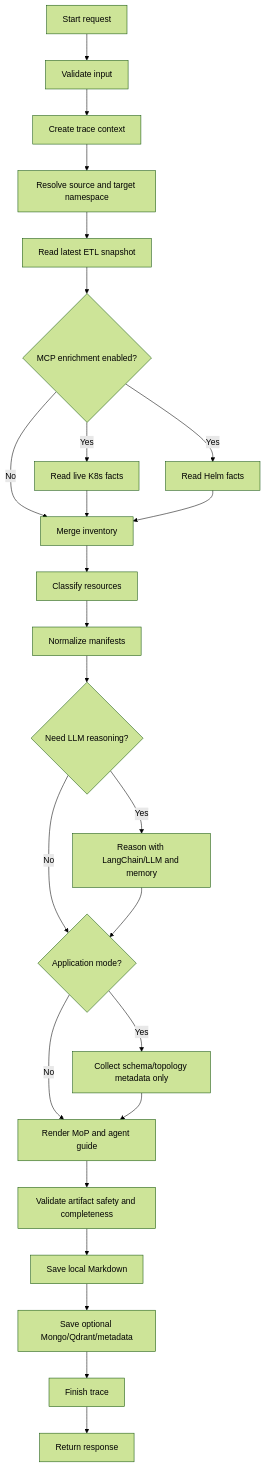
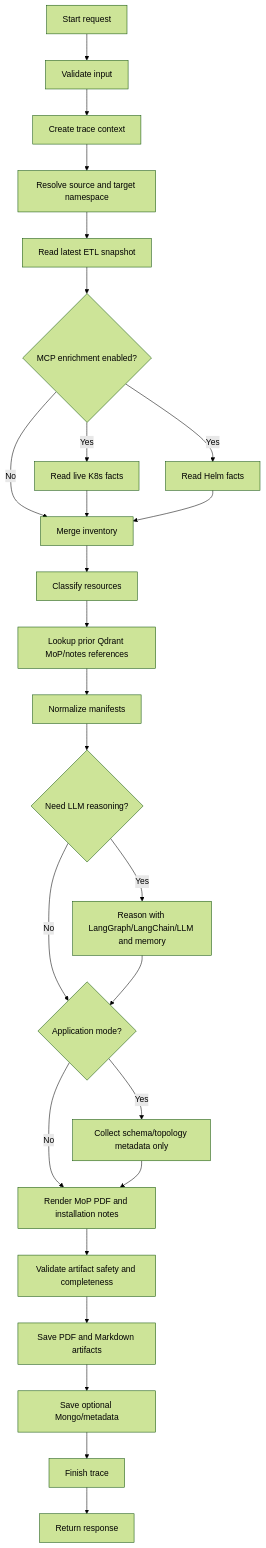
The first of 7 diagrams in docs/04_ALGORITHM_MOP_CREATION_AGENT.md (aveeshek/bosgenesis-mop-creation-agent), drawn with Mermaid (forest theme) before and after one commit. The commit also changed other lines of this file and 62 other files, not shown here.

````diff
--- a/docs/04_ALGORITHM_MOP_CREATION_AGENT.md
+++ b/docs/04_ALGORITHM_MOP_CREATION_AGENT.md
@@ -16,31 +16,32 @@
 ```mermaid
 flowchart TD
     Start["Start request"] --> Validate["Validate input"]
     Validate --> Trace["Create trace context"]
     Trace --> Resolve["Resolve source and target namespace"]
     Resolve --> Snapshot["Read latest ETL snapshot"]
 
     Snapshot --> Enrich{"MCP enrichment enabled?"}
     Enrich -->|"Yes"| K8S["Read live K8s facts"]
     Enrich -->|"Yes"| Helm["Read Helm facts"]
     Enrich -->|"No"| Merge["Use snapshot only"]
 
     K8S --> Merge["Merge inventory"]
     Helm --> Merge
 
     Merge --> Classify["Classify resources"]
-    Classify --> Normalize["Normalize manifests"]
+    Classify --> QdrantLookup["Lookup prior Qdrant MoP/notes references"]
+    QdrantLookup --> Normalize["Normalize manifests"]
     Normalize --> NeedReason{"Need LLM reasoning?"}
-    NeedReason -->|"Yes"| Reason["Reason with LangChain/LLM and memory"]
+    NeedReason -->|"Yes"| Reason["Reason with LangGraph/LangChain/LLM and memory"]
     NeedReason -->|"No"| AppMode{"Application mode?"}
     Reason --> AppMode
     AppMode -->|"Yes"| AppSchema["Collect schema/topology metadata only"]
     AppMode -->|"No"| Render
-    AppSchema --> Render["Render MoP and agent guide"]
+    AppSchema --> Render["Render MoP PDF and installation notes"]
 
     Render --> ValidateArtifact["Validate artifact safety and completeness"]
-    ValidateArtifact --> SaveLocal["Save local Markdown"]
-    SaveLocal --> OptionalStores["Save optional Mongo/Qdrant/metadata"]
+    ValidateArtifact --> SaveLocal["Save PDF and Markdown artifacts"]
+    SaveLocal --> OptionalStores["Save optional Mongo/metadata"]
     OptionalStores --> FinishTrace["Finish trace"]
     FinishTrace --> Response["Return response"]
 ```
````
